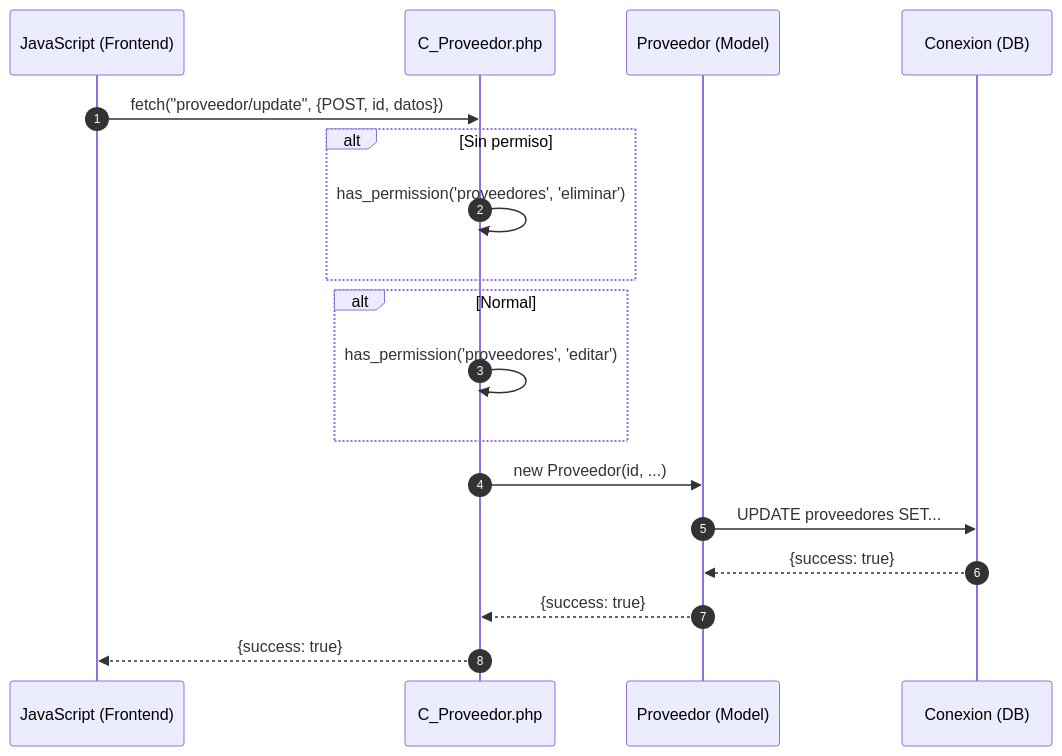
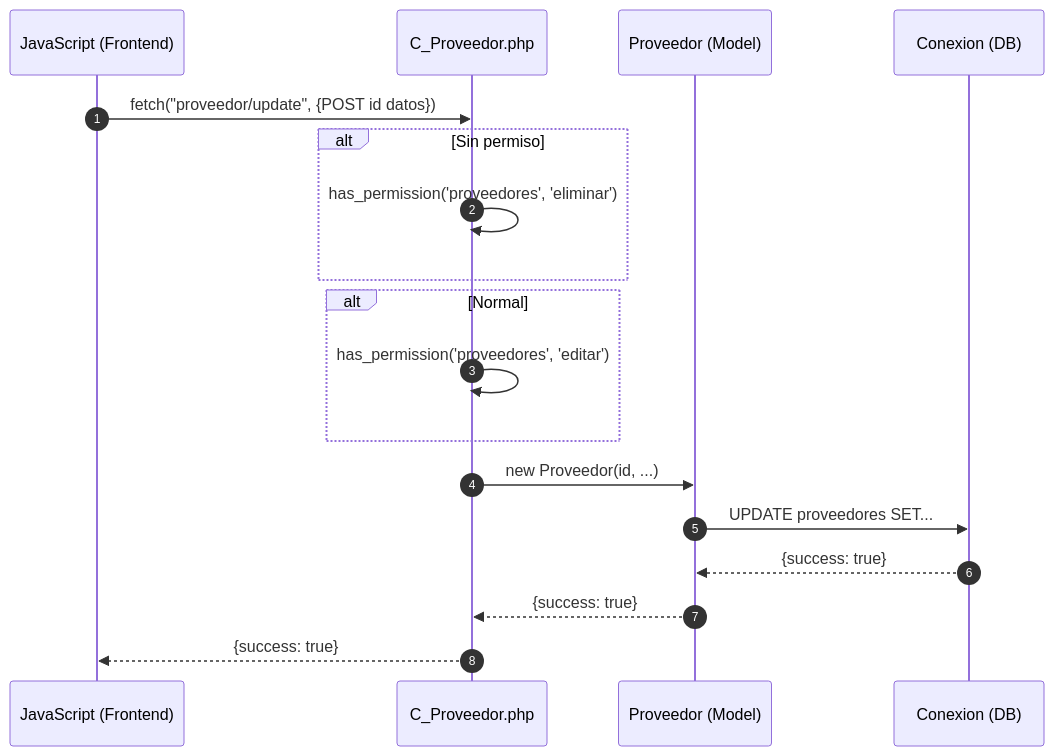
One commit to Tecrato/BurgerHouse changed the third of 4 diagrams in docs/secuencia/proveedores/proveedores.md. Above: the diagram before and after it, drawn with Mermaid. The commit also changed other lines of this file and 13 other files, not shown here.

Commit message:
diagramas de secuencia

````diff
--- a/docs/secuencia/proveedores/proveedores.md
+++ b/docs/secuencia/proveedores/proveedores.md
@@ -60,25 +53,25 @@
 ```mermaid
 sequenceDiagram
     autonumber
     participant JS as JavaScript (Frontend)
     participant C_Proveedor as C_Proveedor.php
     participant Proveedor as Proveedor (Model)
     participant DB as Conexion (DB)
     
-    JS->>C_Proveedor: fetch("proveedor/update", {POST, id, datos})
+    JS->>C_Proveedor: fetch("proveedor/update", {POST id datos})
     
     alt Sin permiso
         C_Proveedor->>C_Proveedor: has_permission('proveedores', 'eliminar')
     end
     
     alt Normal
         C_Proveedor->>C_Proveedor: has_permission('proveedores', 'editar')
     end
     
     C_Proveedor->>Proveedor: new Proveedor(id, ...)
     Proveedor->>DB: UPDATE proveedores SET...
     DB-->>Proveedor: {success: true}
     Proveedor-->>C_Proveedor: {success: true}
     
     C_Proveedor-->>JS: {success: true}
 ```
````
